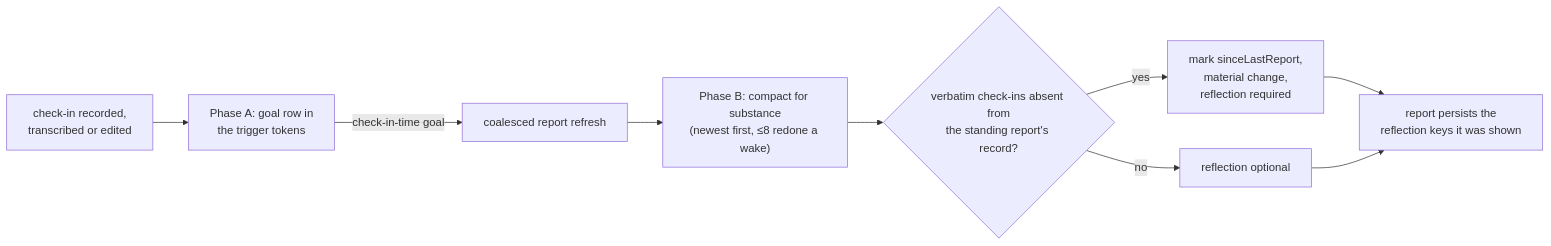
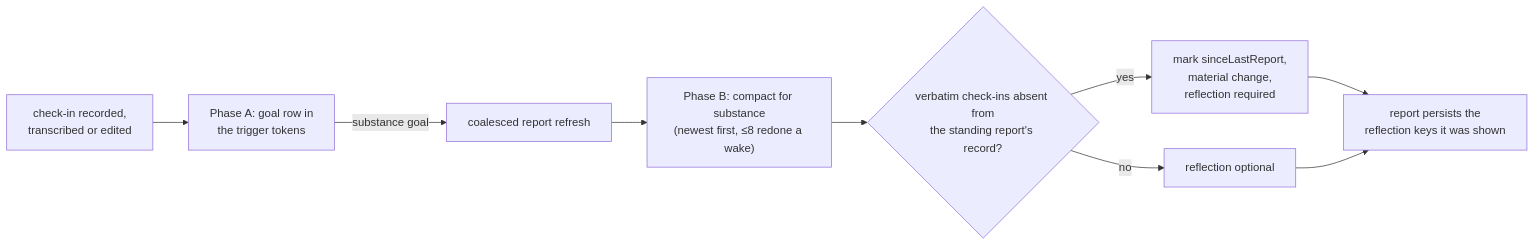
Before and after one commit to matthiasn/lotti: the fifth of 12 diagrams in knowledge/features/goals.md, drawn with Mermaid. The commit also changed other lines of this file and 51 other files, not shown here.

Commit message:
feat(goals): a goal can say its check-ins are the point (ADR 0151) (#4900)

````diff
--- a/knowledge/features/goals.md
+++ b/knowledge/features/goals.md
@@ -1909,11 +1926,11 @@
 ```mermaid
 flowchart LR
   W["check-in recorded,<br/>transcribed or edited"] --> PA["Phase A: goal row in<br/>the trigger tokens"]
-  PA -- "check-in-time goal" --> R["coalesced report refresh"]
+  PA -- "substance goal" --> R["coalesced report refresh"]
   R --> PB["Phase B: compact for substance<br/>(newest first, ≤8 redone a wake)"]
   PB --> C{"verbatim check-ins absent from<br/>the standing report's record?"}
   C -- yes --> M["mark sinceLastReport,<br/>material change,<br/>reflection required"]
   C -- no --> N["reflection optional"]
   M --> REP["report persists the<br/>reflection keys it was shown"]
   N --> REP
 ```
````
